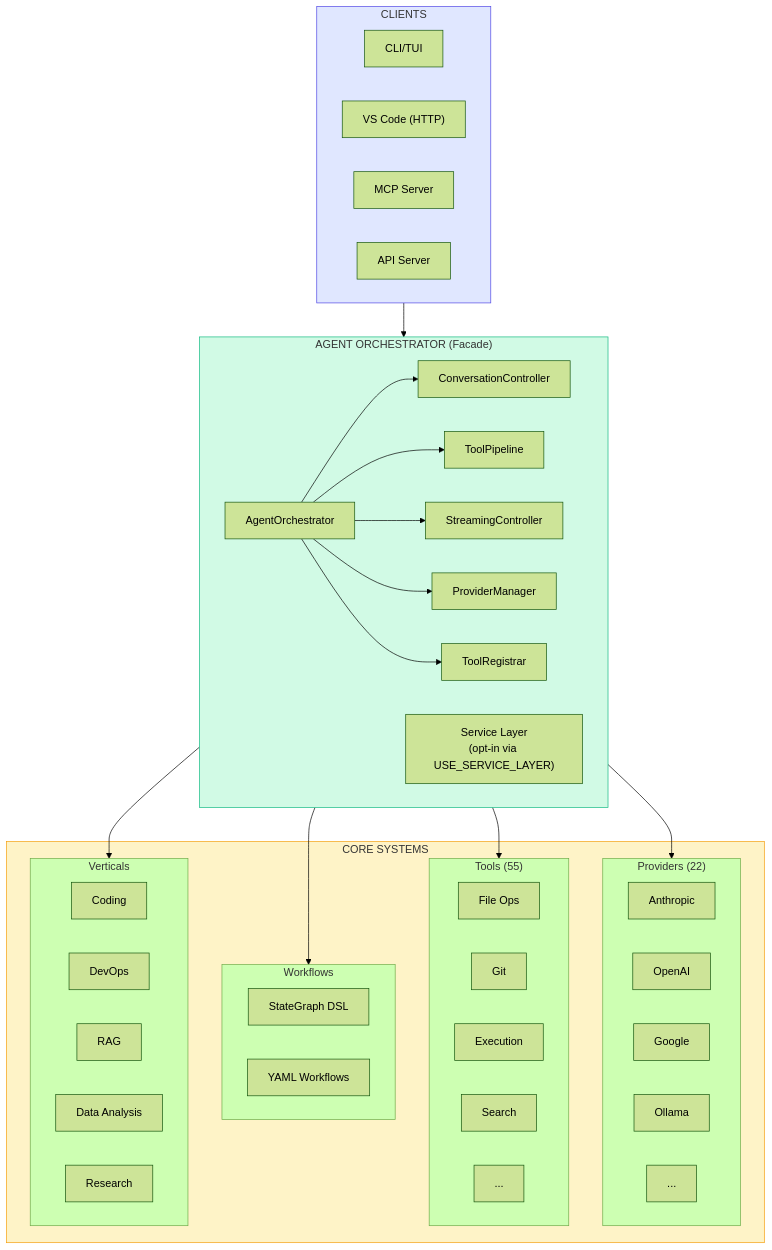
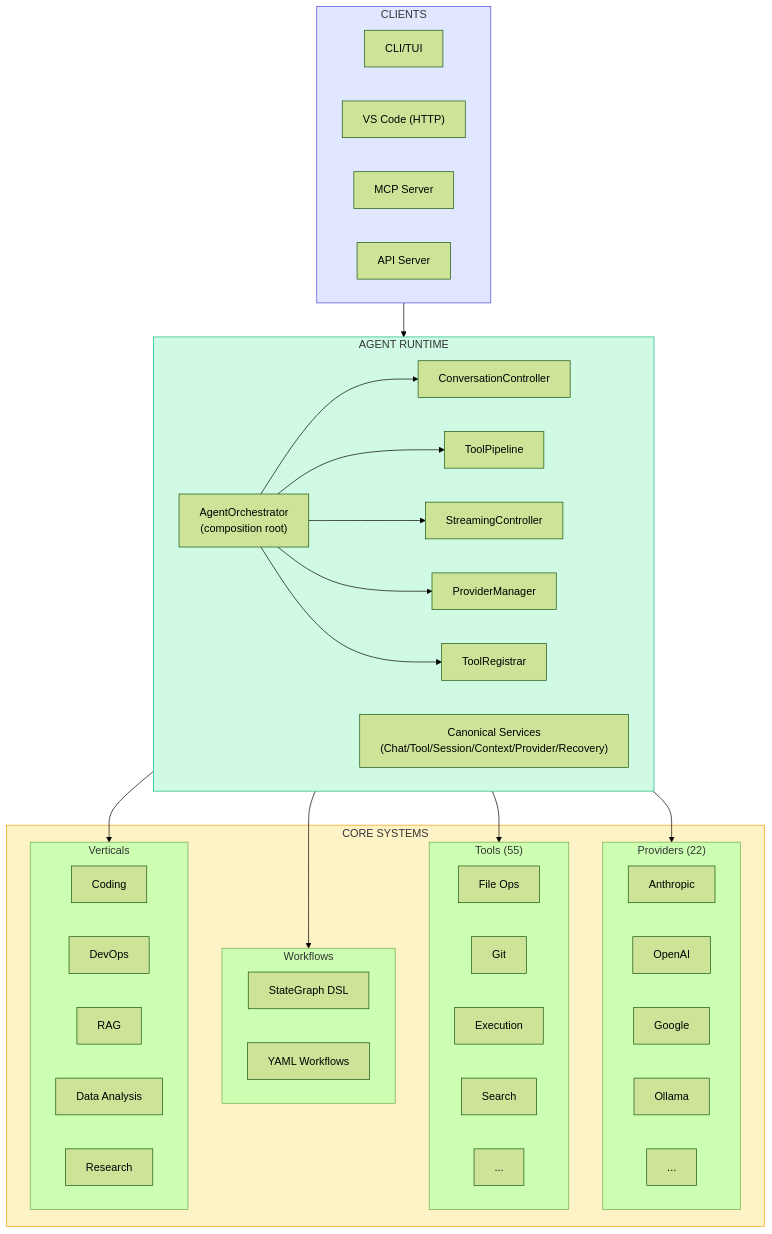
One commit to vjsingh1984/victor changed the first of 11 diagrams in docs/development/architecture/deep-dive.md. Above: the diagram before and after it, drawn with Mermaid (forest theme). The commit also changed other lines of this file and 8 other files, not shown here.

First line of the commit message:
docs: update architecture documentation for service canonicalization

````diff
--- a/docs/development/architecture/deep-dive.md
+++ b/docs/development/architecture/deep-dive.md
@@ -18,62 +18,62 @@
 ```mermaid
 flowchart TB
     subgraph Clients["CLIENTS"]
         CLI["CLI/TUI"]
         VSCODE["VS Code (HTTP)"]
         MCP_S["MCP Server"]
         API["API Server"]
     end
 
-    subgraph Orchestrator["AGENT ORCHESTRATOR (Facade)"]
-        ORC["AgentOrchestrator"]
+    subgraph Orchestrator["AGENT RUNTIME"]
+        ORC["AgentOrchestrator<br/>(composition root)"]
         CC["ConversationController"]
         TP["ToolPipeline"]
         SC["StreamingController"]
         PM["ProviderManager"]
         TR["ToolRegistrar"]
-        SL["Service Layer<br/>(opt-in via USE_SERVICE_LAYER)"]
+        SL["Canonical Services<br/>(Chat/Tool/Session/Context/Provider/Recovery)"]
     end
 
     subgraph CoreSystems["CORE SYSTEMS"]
         subgraph Providers["Providers (22)"]
             ANT["Anthropic"]
             OAI["OpenAI"]
             GGL["Google"]
             OLL["Ollama"]
             MORE["..."]
         end
         subgraph Tools["Tools (55)"]
             FILE["File Ops"]
             GIT["Git"]
             EXEC["Execution"]
             SEARCH["Search"]
             MORE2["..."]
         end
         subgraph Workflows["Workflows"]
             SG["StateGraph DSL"]
             YAML["YAML Workflows"]
         end
         subgraph Verticals["Verticals"]
             COD["Coding"]
             DEV["DevOps"]
             RAG["RAG"]
             DATA["Data Analysis"]
             RES["Research"]
         end
     end
 
     Clients --> Orchestrator
     ORC --> CC
     ORC --> TP
     ORC --> SC
     ORC --> PM
     ORC --> TR
     Orchestrator --> Providers
     Orchestrator --> Tools
     Orchestrator --> Workflows
     Orchestrator --> Verticals
 
     style Clients fill:#e0e7ff,stroke:#4f46e5
     style Orchestrator fill:#d1fae5,stroke:#10b981
     style CoreSystems fill:#fef3c7,stroke:#f59e0b
 ```
````
